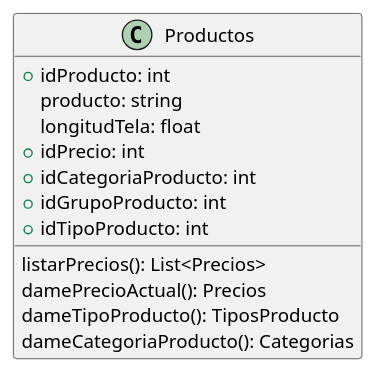
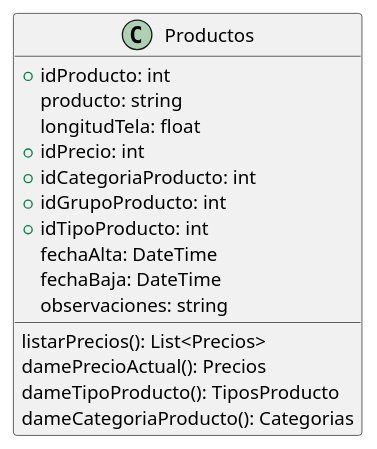
Before and after one commit to ZMGestion/DocumentacionZMGestion: the diagram in DiagramaClases/Clases/Productos.puml, drawn with PlantUML. The commit also changed 21 other files, not shown here.

Commit message:
Cambios en atributos y metodos diagrama de clases

```diff
--- a/DiagramaClases/Clases/Productos.puml
+++ b/DiagramaClases/Clases/Productos.puml
@@ -1,16 +1,19 @@
 @startuml Productos
 class Productos{
     +idProducto: int
     producto: string
     longitudTela: float
     +idPrecio: int
     +idCategoriaProducto: int
     +idGrupoProducto: int
     +idTipoProducto: int
+    fechaAlta: DateTime
+    fechaBaja: DateTime
+    observaciones: string
 
     listarPrecios(): List<Precios>
     damePrecioActual(): Precios
     dameTipoProducto(): TiposProducto
     dameCategoriaProducto(): Categorias
 }
 @enduml
```
